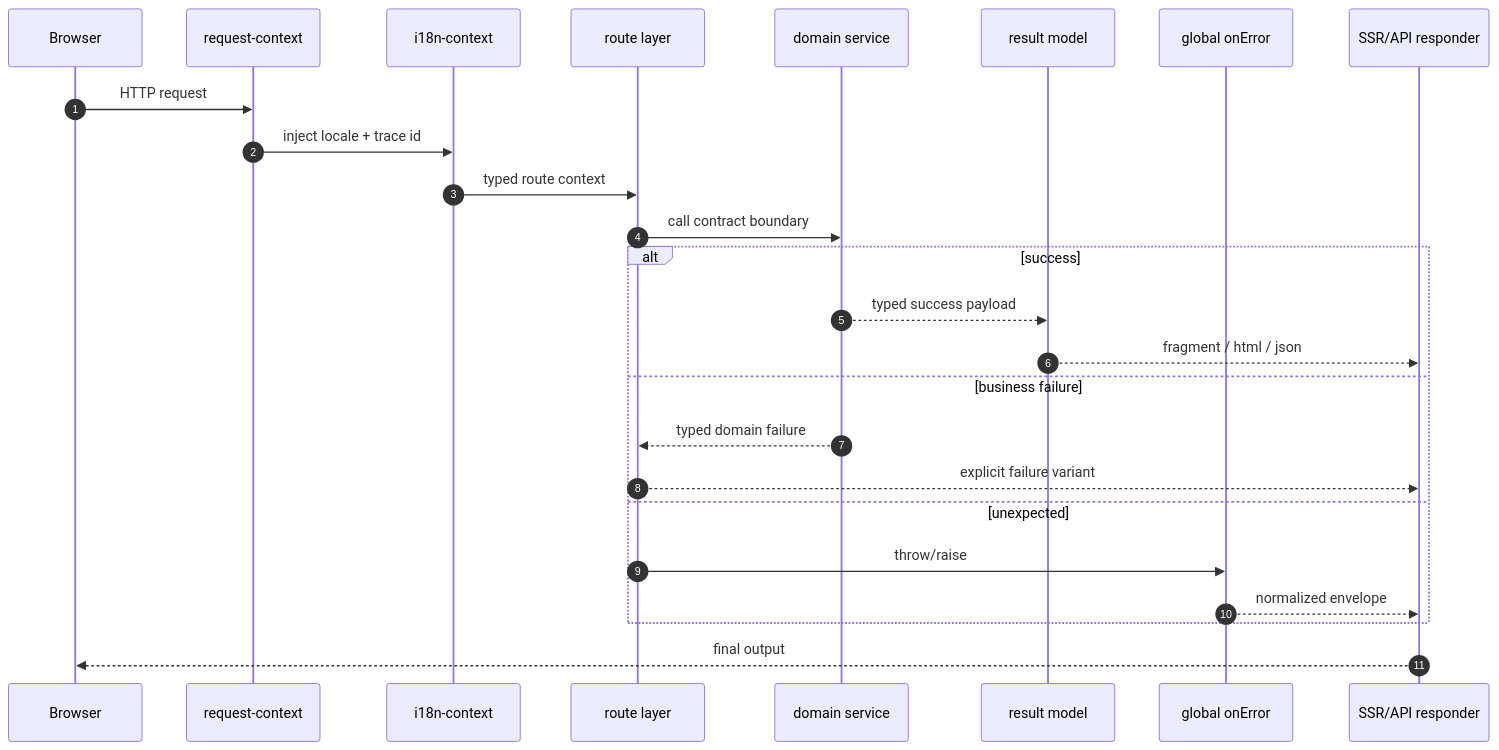
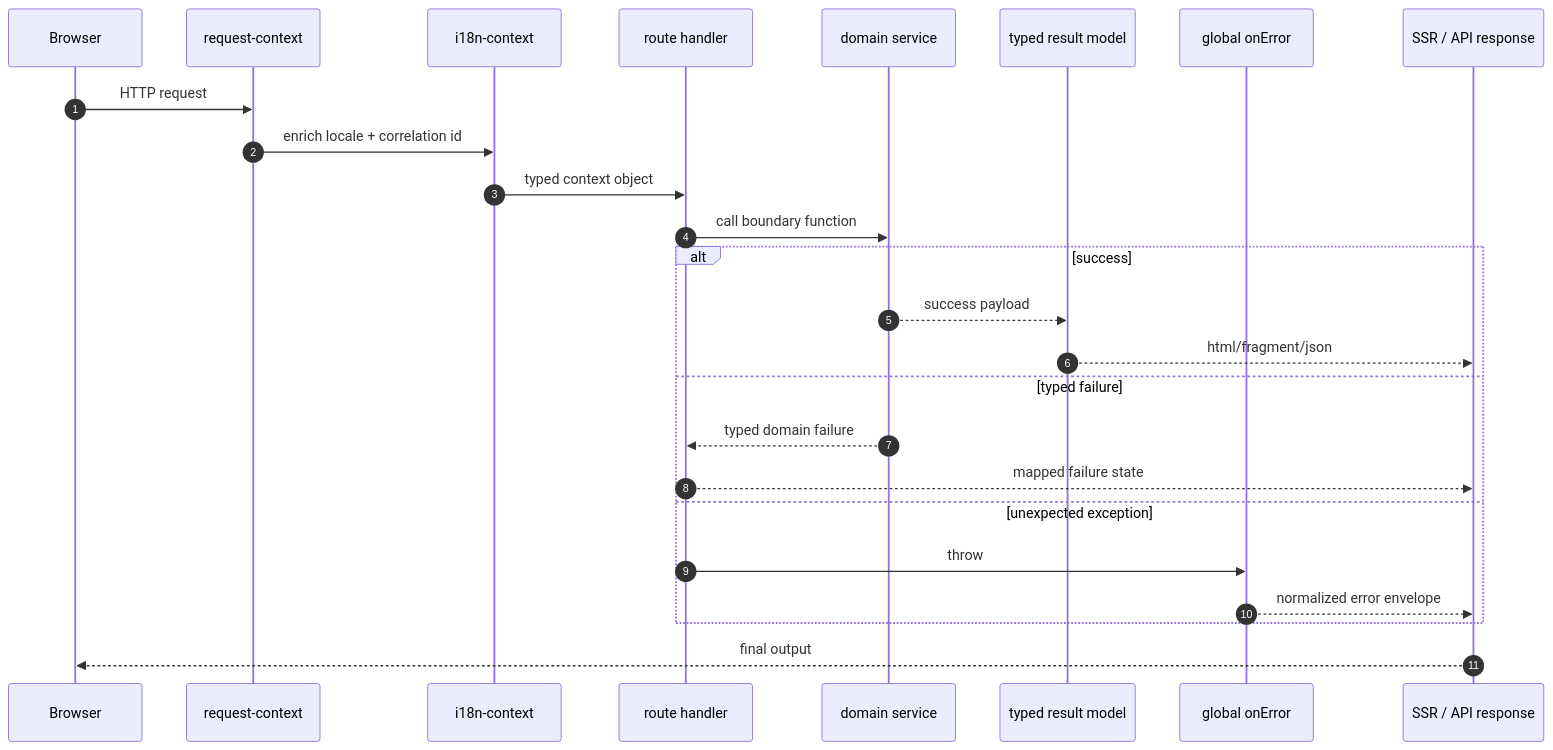
Before and after one commit to d4551/tea: the third of 12 diagrams in README.md, drawn with Mermaid. The commit also changed other lines of this file and 2 other files, not shown here.

Commit message:
Align README to line-by-line bilingual format with collapsible bilingual mermaid charts

````diff
--- a/README.md
+++ b/README.md
@@ -118,28 +222,28 @@
 ```mermaid
 sequenceDiagram
   autonumber
   participant Browser
   participant Ctx as request-context
   participant I18n as i18n-context
-  participant Route as route layer
+  participant Route as route handler
   participant Service as domain service
-  participant Result as result model
+  participant Result as typed result model
   participant Error as global onError
-  participant Resp as SSR/API responder
+  participant Response as SSR / API response
 
   Browser->>Ctx: HTTP request
-  Ctx->>I18n: inject locale + trace id
-  I18n->>Route: typed route context
-  Route->>Service: call contract boundary
+  Ctx->>I18n: enrich locale + correlation id
+  I18n->>Route: typed context object
+  Route->>Service: call boundary function
   alt success
-    Service-->>Result: typed success payload
-    Result-->>Resp: fragment / html / json
-  else business failure
+    Service-->>Result: success payload
+    Result-->>Response: html/fragment/json
+  else typed failure
     Service-->>Route: typed domain failure
-    Route-->>Resp: explicit failure variant
-  else unexpected
-    Route->>Error: throw/raise
-    Error-->>Resp: normalized envelope
+    Route-->>Response: mapped failure state
+  else unexpected exception
+    Route->>Error: throw
+    Error-->>Response: normalized error envelope
   end
-  Resp-->>Browser: final output
+  Response-->>Browser: final output
 ```
````
